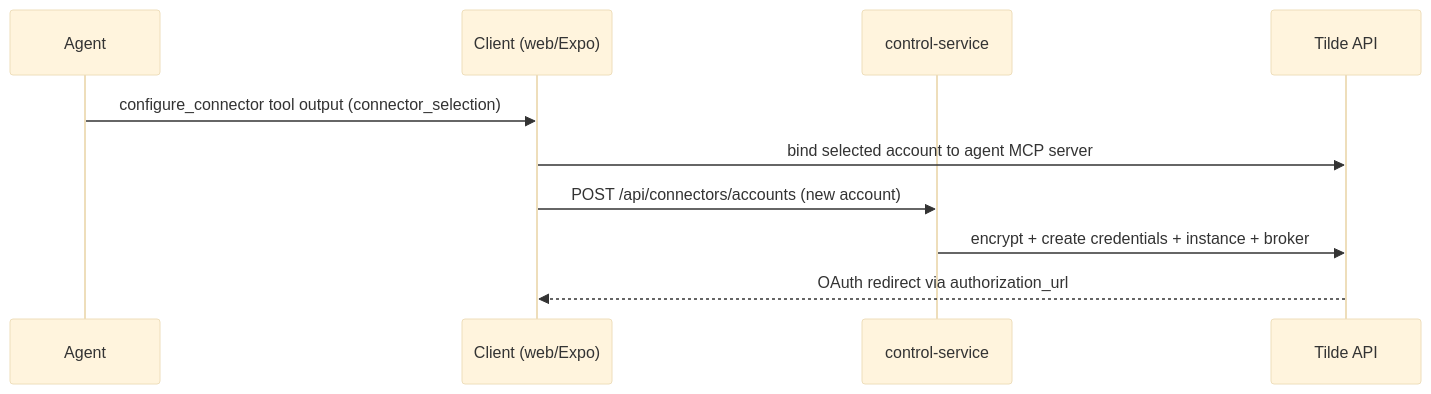
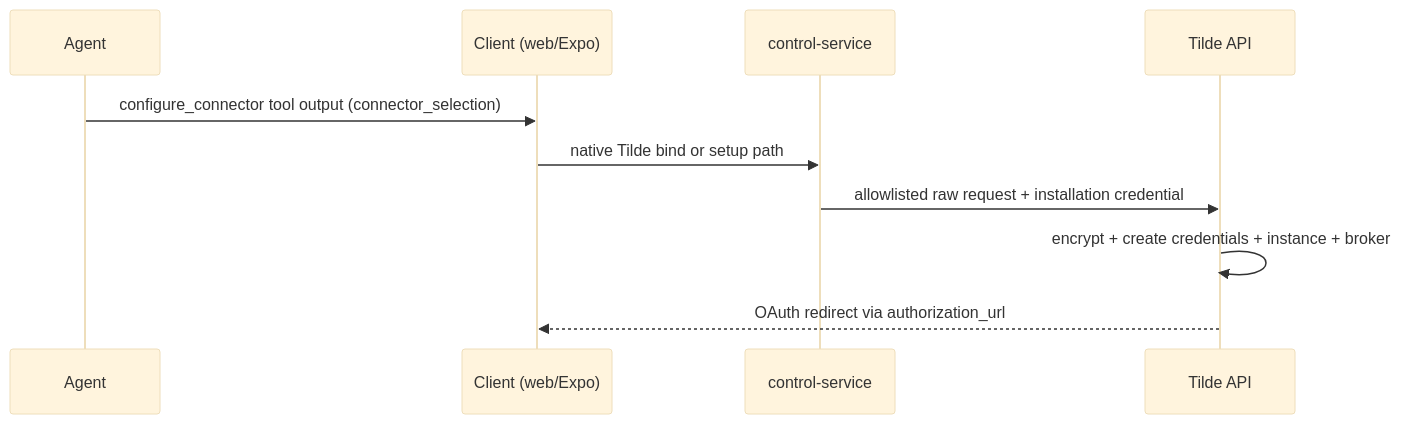
The diagram in docs/adrs/0027-in-chat-connector-configuration.md (trytilde/dispatch), drawn with Mermaid (base theme) before and after one commit. The commit also changed other lines of this file and 60 other files, not shown here.

````diff
--- a/docs/adrs/0027-in-chat-connector-configuration.md
+++ b/docs/adrs/0027-in-chat-connector-configuration.md
@@ -18,12 +18,12 @@
 ```mermaid
 sequenceDiagram
   participant A as Agent
   participant C as Client (web/Expo)
   participant CS as control-service
   participant T as Tilde API
   A->>C: configure_connector tool output (connector_selection)
-  C->>T: bind selected account to agent MCP server
-  C->>CS: POST /api/connectors/accounts (new account)
-  CS->>T: encrypt + create credentials + instance + broker
+  C->>CS: native Tilde bind or setup path
+  CS->>T: allowlisted raw request + installation credential
+  T->>T: encrypt + create credentials + instance + broker
   T-->>C: OAuth redirect via authorization_url
 ```
````
